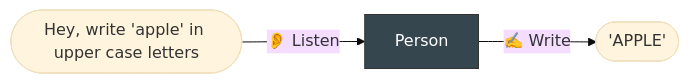
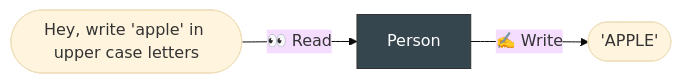
The first of 2 diagrams in docs/1-Getting-Started/01_language.md (ImAKappa/pftp), drawn with Mermaid (base theme) before and after one commit. The commit also changed 24 other files, not shown here.

````diff
--- a/docs/1-Getting-Started/01_language.md
+++ b/docs/1-Getting-Started/01_language.md
@@ -24,6 +24,6 @@
 ```mermaid
 flowchart LR
-    lang(["Hey, write 'apple' in upper case letters"]) -- "👂 Listen" --> interp["Person"]
+    lang(["Hey, write 'apple' in upper case letters"]) -- "👀 Read" --> interp["Person"]
     interp["Person"] -- "✍️ Write" --> result(["'APPLE'"])
     style interp fill:#36464e,stroke:#333,color:#fff
 ```
````
